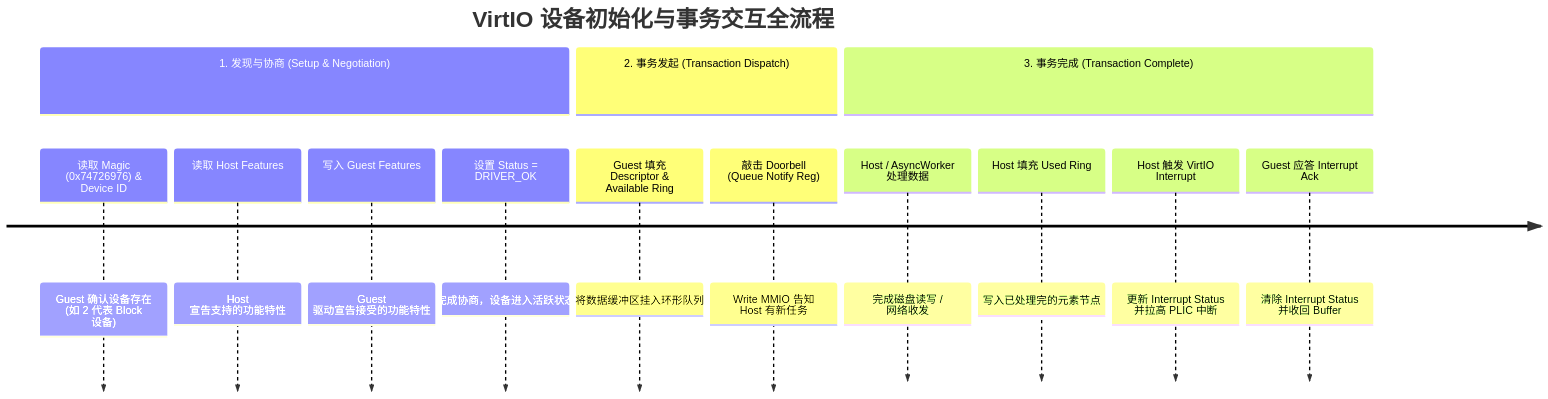
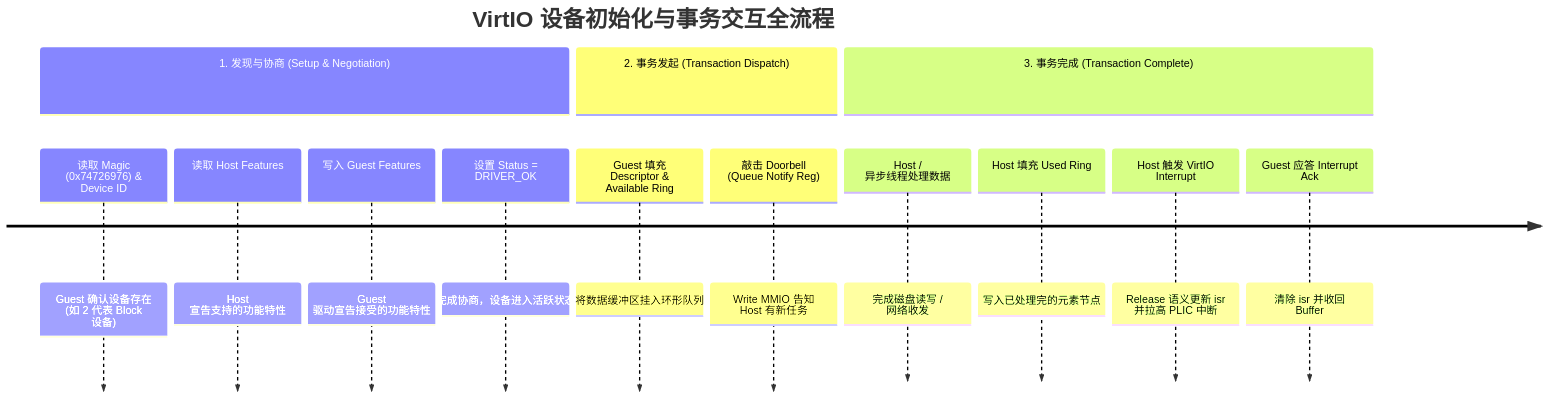
One commit to HEU-Direct-PhD-Program-in-CS/HEU-Direct-PhD-Program-in-CS.github.io changed the seventh of 7 diagrams in content/projects/emu-exp-2026/Ch5.md. Above: the diagram before and after it, drawn with Mermaid. The commit also changed other lines of this file and 7 other files, not shown here.

````diff
--- a/content/projects/emu-exp-2026/Ch5.md
+++ b/content/projects/emu-exp-2026/Ch5.md
@@ -265,17 +407,17 @@
 ```mermaid
 timeline
     title VirtIO 设备初始化与事务交互全流程
     section 1. 发现与协商 (Setup & Negotiation)
         读取 Magic (0x74726976) & Device ID : Guest 确认设备存在 (如 2 代表 Block 设备)
         读取 Host Features : Host 宣告支持的功能特性
         写入 Guest Features : Guest 驱动宣告接受的功能特性
         设置 Status = DRIVER_OK : 完成协商，设备进入活跃状态
     section 2. 事务发起 (Transaction Dispatch)
         Guest 填充 Descriptor & Available Ring : 将数据缓冲区挂入环形队列
         敲击 Doorbell (Queue Notify Reg) : Write MMIO 告知 Host 有新任务
     section 3. 事务完成 (Transaction Complete)
-        Host / AsyncWorker 处理数据 : 完成磁盘读写 / 网络收发
+        Host / 异步线程处理数据 : 完成磁盘读写 / 网络收发
         Host 填充 Used Ring : 写入已处理完的元素节点
-        Host 触发 VirtIO Interrupt : 更新 Interrupt Status 并拉高 PLIC 中断
-        Guest 应答 Interrupt Ack : 清除 Interrupt Status 并收回 Buffer
+        Host 触发 VirtIO Interrupt : Release 语义更新 isr 并拉高 PLIC 中断
+        Guest 应答 Interrupt Ack : 清除 isr 并收回 Buffer
 ```
````
